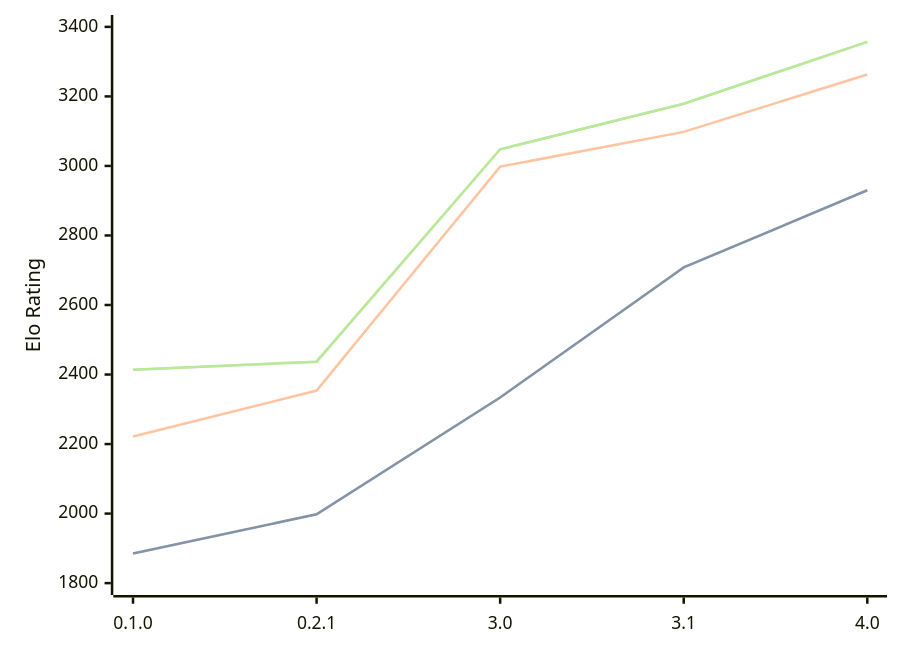
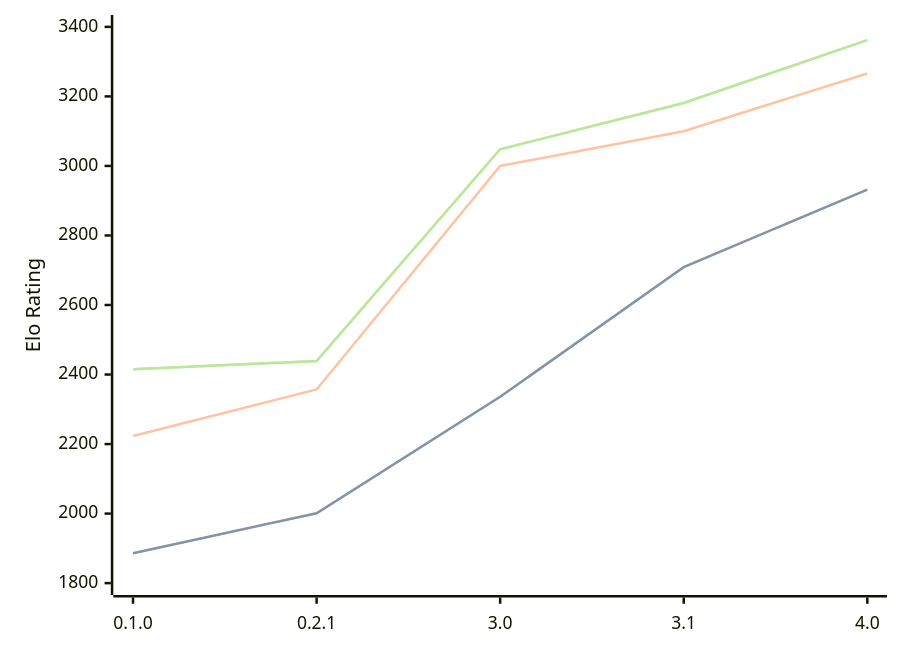
The diagram in engines/Sykora.md (computer-chess-index/cci), drawn with Mermaid before and after one commit. The commit also changed other lines of this file, not shown here.

Commit message:
Update CCI Ratings (ELO VLTC) - 2026-08-23

````diff
--- a/engines/Sykora.md
+++ b/engines/Sykora.md
@@ -36,11 +36,11 @@
 ```mermaid
 %%{init: {"theme":"base","themeVariables":{"seriesColors:['#a3a3a3','#222221','#faa371']}}}%%
 xychart-beta
   x-axis ["0.1.0", "0.2.1", "3.0", "3.1", "4.0"]
   y-axis "Elo Rating" 1800 --> 3400
-  line "STC (8.0+0.08s)" [1885, 1998, 2334, 2708, 2930]
-  line "STC (8.0+0.08s)" [1885, 1998, 2334, 2708, 2930]
-  line "LTC (60.0+0.60s)" [2222, 2354, 2998, 3098, 3263]
-  line "VLTC (2m24s+1.12s)" [2414, 2437, 3048, 3179, 3357]
-  line "VLTC (2m24s+1.12s)" [2414, 2437, 3048, 3179, 3357]
+  line "STC (8.0+0.08s)" [1886, 2001, 2336, 2709, 2932]
+  line "STC (8.0+0.08s)" [1886, 2001, 2336, 2709, 2932]
+  line "LTC (60.0+0.60s)" [2223, 2357, 3000, 3100, 3266]
+  line "VLTC (2m24s+1.12s)" [2415, 2439, 3048, 3181, 3362]
+  line "VLTC (2m24s+1.12s)" [2415, 2439, 3048, 3181, 3362]
 ```
````
